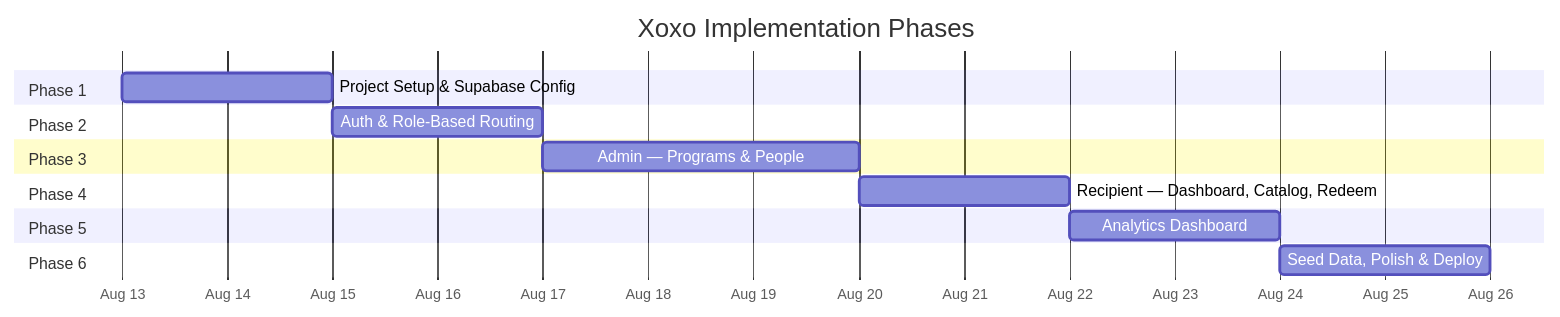
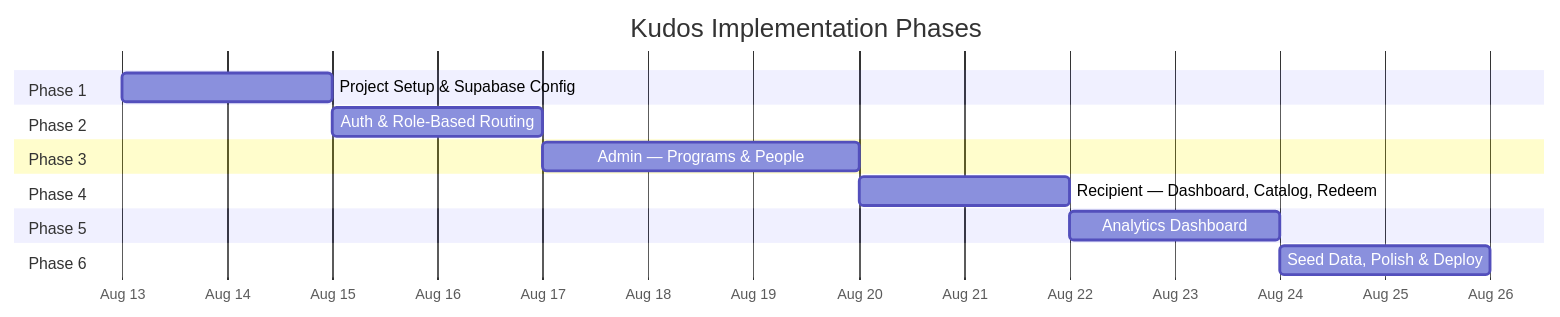
Before and after one commit to mrigank-raj/Kudos-Rewards: the first of 3 diagrams in docs/Implementation-plan.md, drawn with Mermaid. The commit also changed other lines of this file and 17 other files, not shown here.

Commit message:
Renamed project from Xoxo to Kudos

````diff
--- a/docs/Implementation-plan.md
+++ b/docs/Implementation-plan.md
@@ -24,24 +24,24 @@
 ```mermaid
 gantt
-    title Xoxo Implementation Phases
+    title Kudos Implementation Phases
     dateFormat  YYYY-MM-DD
     axisFormat  %b %d
 
     section Phase 1
     Project Setup & Supabase Config       :p1, 2026-08-13, 2d
 
     section Phase 2
     Auth & Role-Based Routing             :p2, after p1, 2d
 
     section Phase 3
     Admin — Programs & People             :p3, after p2, 3d
 
     section Phase 4
     Recipient — Dashboard, Catalog, Redeem:p4, after p3, 2d
 
     section Phase 5
     Analytics Dashboard                   :p5, after p4, 2d
 
     section Phase 6
     Seed Data, Polish & Deploy            :p6, after p5, 2d
 ```
````
